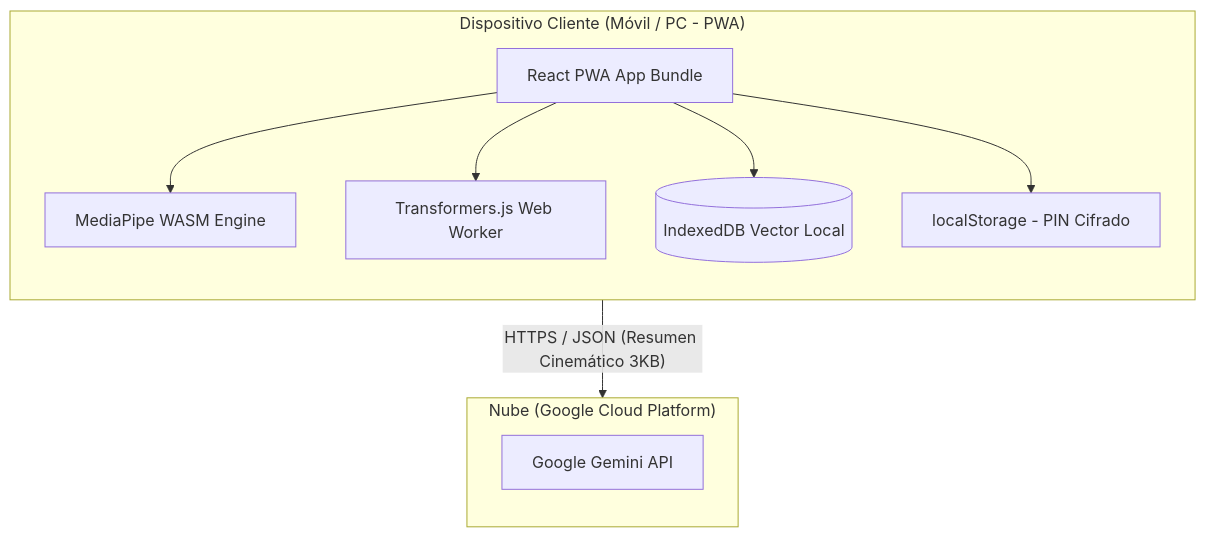
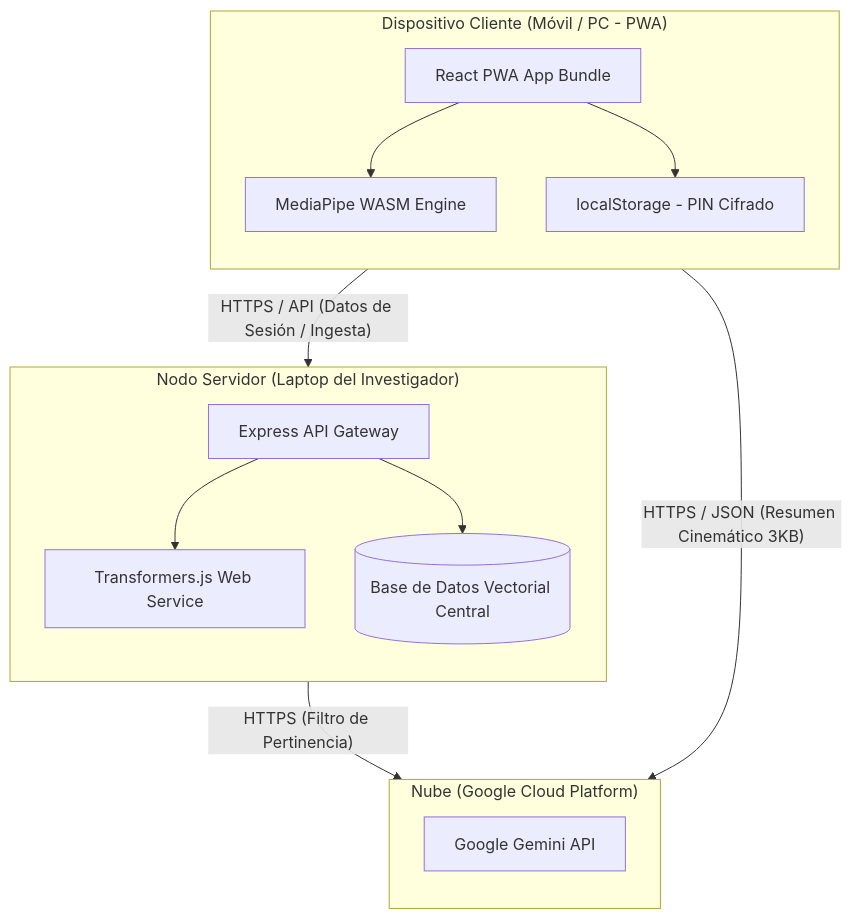
Diagram 11 of 11 in README.md (Tsmrain/Documentacion), drawn with Mermaid before and after one commit. The commit also changed other lines of this file, not shown here.

Commit message:
refactor: migrate system architecture from client-side local RAG and IndexedDB to a centralized server-based model

````diff
--- a/README.md
+++ b/README.md
@@ -1388,23 +1337,31 @@
 ```mermaid
 flowchart TD
-    subgraph "Dispositivo Cliente (Móvil / PC - PWA)"
+    subgraph ClientDevice ["Dispositivo Cliente (Móvil / PC - PWA)"]
         direction TB
         App[React PWA App Bundle]
         Engine3D[MediaPipe WASM Engine]
-        TF[Transformers.js Web Worker]
-        DB[(IndexedDB Vector Local)]
         LS[localStorage - PIN Cifrado]
     end
     
-    subgraph "Nube (Google Cloud Platform)"
+    subgraph ServerNode ["Nodo Servidor (Laptop del Investigador)"]
+        direction TB
+        API[Express API Gateway]
+        EmbeddingEngine[Transformers.js Web Service]
+        CentralDB[(Base de Datos Vectorial Central)]
+    end
+    
+    subgraph CloudGCP ["Nube (Google Cloud Platform)"]
         direction TB
         Gemini[Google Gemini API]
     end
     
     App --> Engine3D
-    App --> TF
-    App --> DB
     App --> LS
     
+    App -- "HTTPS / API (Datos de Sesión / Ingesta)" --> API
+    API --> EmbeddingEngine
+    API --> CentralDB
+    
     App -- "HTTPS / JSON (Resumen Cinemático 3KB)" --> Gemini
+    API -- "HTTPS (Filtro de Pertinencia)" --> Gemini
 ```
````
